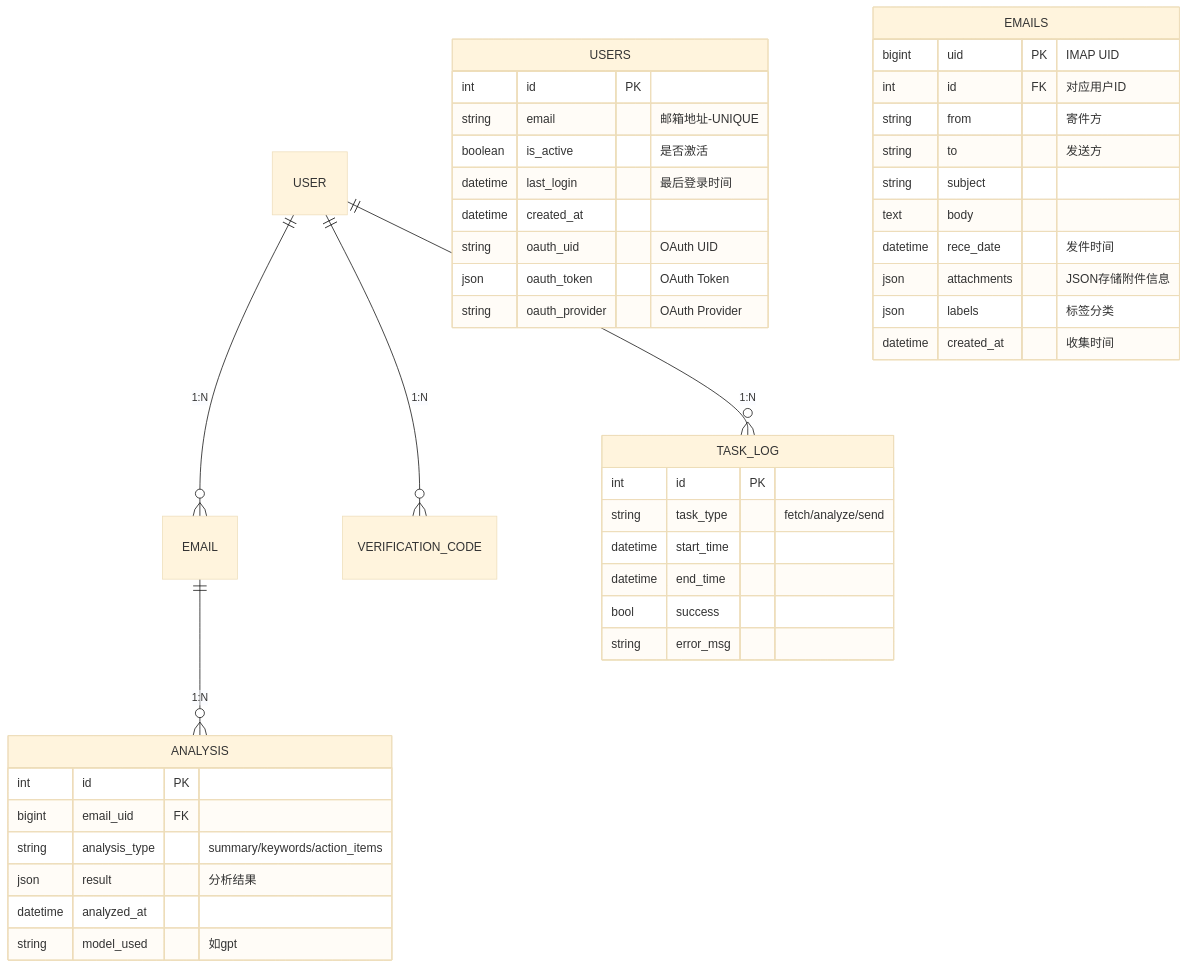
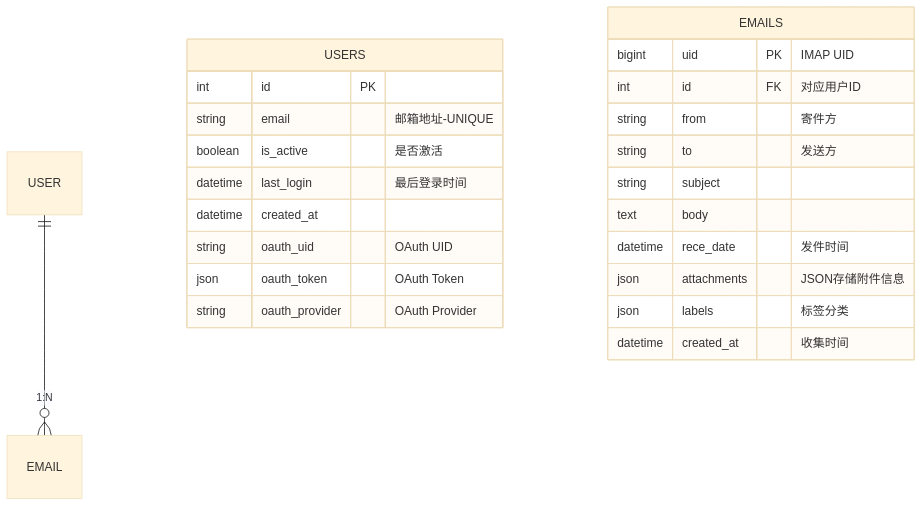
The fourth of 6 diagrams in docs/backend.md (FeiNiaoBF/MailMind), drawn with Mermaid (base theme) before and after one commit. The commit also changed other lines of this file, not shown here.

````diff
--- a/docs/backend.md
+++ b/docs/backend.md
@@ -127,49 +127,27 @@
 ```mermaid
 erDiagram
     USER ||--o{ EMAIL: "1:N"
-    USER ||--o{ VERIFICATION_CODE: "1:N"
-    USER ||--o{ TASK_LOG: "1:N"
-    EMAIL ||--o{ ANALYSIS: "1:N"
-
     USERS {
         int id PK
         string email "邮箱地址-UNIQUE"
         boolean is_active "是否激活"
         datetime last_login "最后登录时间"
         datetime created_at
         string oauth_uid "OAuth UID"
         json oauth_token "OAuth Token"
         string oauth_provider "OAuth Provider"
     }
 
     EMAILS {
         bigint uid PK "IMAP UID"
         int id FK "对应用户ID"
         string from "寄件方"
         string to "发送方"
         string subject
         text body
         datetime rece_date "发件时间"
         json attachments "JSON存储附件信息"
         json labels "标签分类"
         datetime created_at "收集时间"
     }
-
-    ANALYSIS {
-        int id PK
-        bigint email_uid FK
-        string analysis_type "summary/keywords/action_items"
-        json result "分析结果"
-        datetime analyzed_at
-        string model_used "如gpt"
-    }
-
-    TASK_LOG {
-        int id PK
-        string task_type "fetch/analyze/send"
-        datetime start_time
-        datetime end_time
-        bool success
-        string error_msg
-    }
 ```
````
